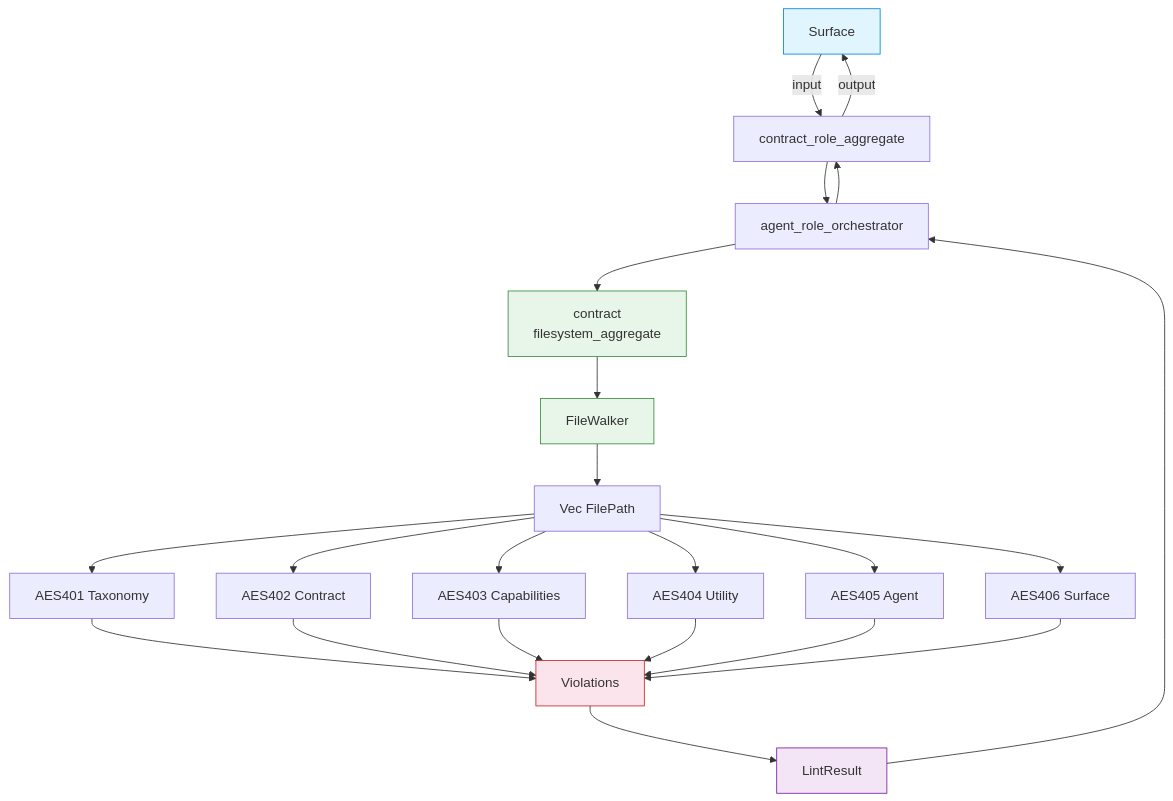
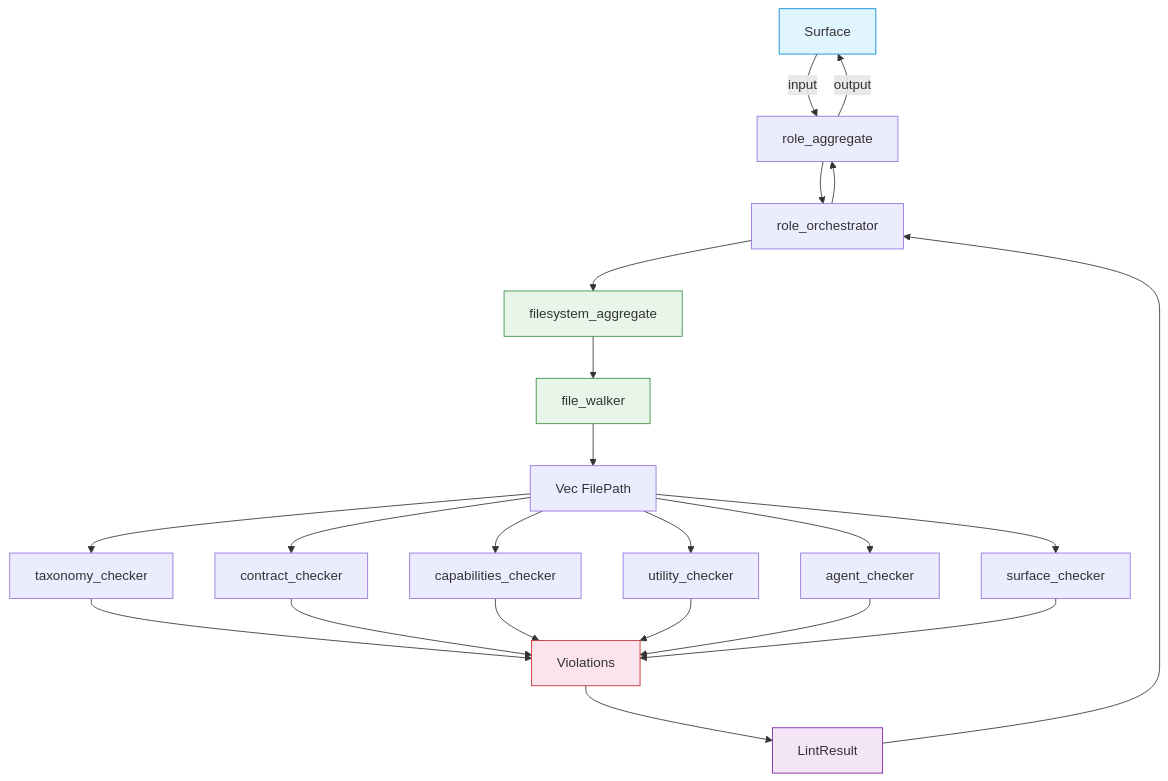
Before and after one commit to rakaarwaky/lint-arwaky: the diagram in crates/role-rules/FRD.md, drawn with Mermaid. The commit also changed other lines of this file and 4 other files, not shown here.

First line of the commit message:
docs: align all 5 FRD mermaid to clean naming style

````diff
--- a/crates/role-rules/FRD.md
+++ b/crates/role-rules/FRD.md
@@ -9,31 +9,30 @@
 ```mermaid
 flowchart TD
-    A["Surface"] -->|input| B["contract_role_aggregate"]
-    B --> C["agent_role_orchestrator"]
-    C --> D["contract
-            filesystem_aggregate"]
-    D --> E["FileWalker"]
+    A["Surface"] -->|input| B["role_aggregate"]
+    B --> C["role_orchestrator"]
+    C --> D["filesystem_aggregate"]
+    D --> E["file_walker"]
     E --> G["Vec FilePath"]
-    G --> H1["AES401 Taxonomy"]
-    G --> H2["AES402 Contract"]
-    G --> H3["AES403 Capabilities"]
-    G --> H4["AES404 Utility"]
-    G --> H5["AES405 Agent"]
-    G --> H6["AES406 Surface"]
+    G --> H1["taxonomy_checker"]
+    G --> H2["contract_checker"]
+    G --> H3["capabilities_checker"]
+    G --> H4["utility_checker"]
+    G --> H5["agent_checker"]
+    G --> H6["surface_checker"]
     H1 --> I["Violations"]
     H2 --> I
     H3 --> I
     H4 --> I
     H5 --> I
     H6 --> I
     I --> J["LintResult"]
     J --> C
     C --> B
     B -->|output| A
 
     style A fill:#e1f5fe,stroke:#0288d1
     style D fill:#e8f5e9,stroke:#388e3c
     style E fill:#e8f5e9,stroke:#388e3c
     style I fill:#fce4ec,stroke:#c62828
     style J fill:#f3e5f5,stroke:#7b1fa2
 ```
````
